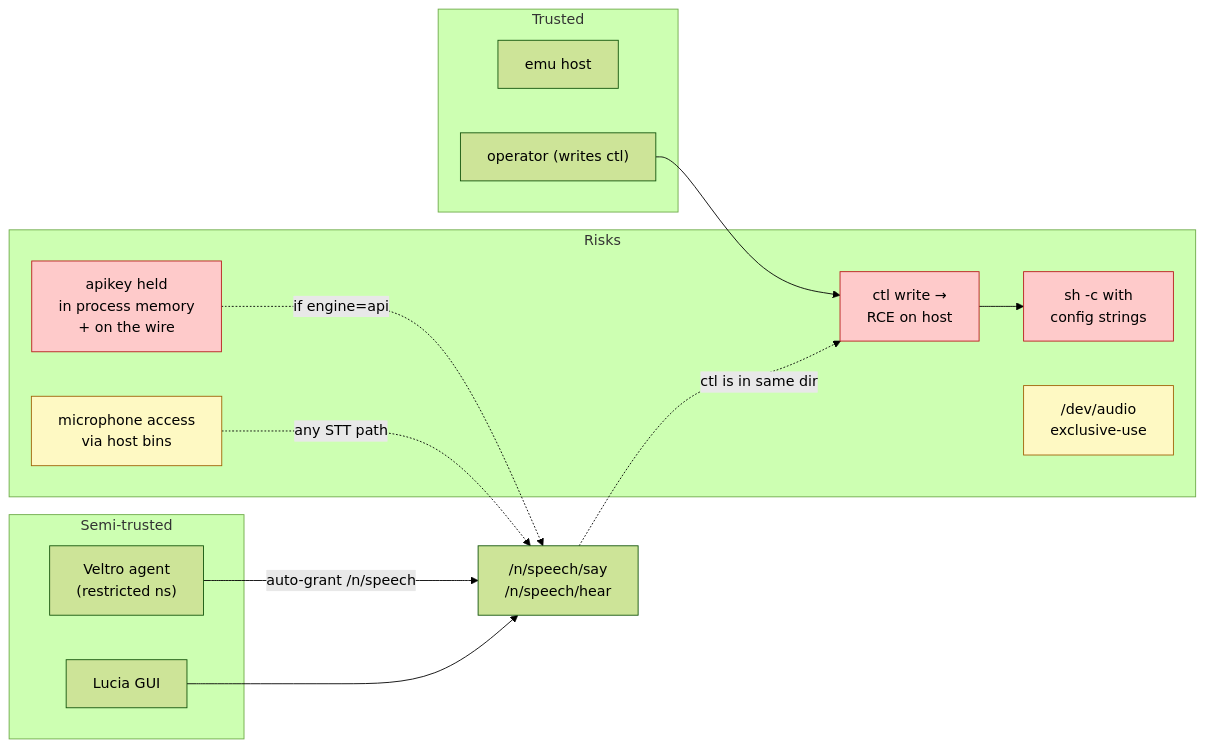
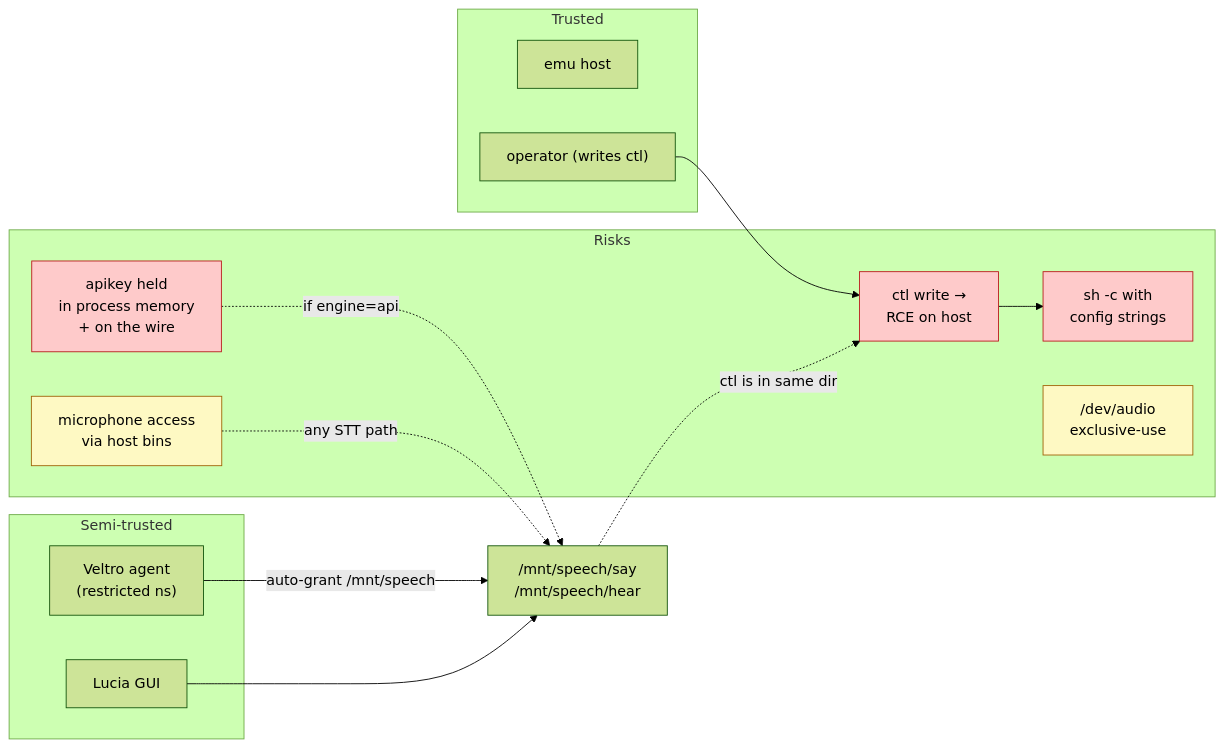
One commit to infernode-os/infernode changed diagram 12 of 16 in docs/SPEECH-ARCHITECTURE.md. Above: the diagram before and after it, drawn with Mermaid (forest theme). The commit also changed other lines of this file and 30 other files, not shown here.

First line of the commit message:
speech9p: mount at /mnt/speech, not /n/speech

````diff
--- a/docs/SPEECH-ARCHITECTURE.md
+++ b/docs/SPEECH-ARCHITECTURE.md
@@ -510,32 +510,32 @@
 ```mermaid
 flowchart LR
     subgraph trusted["Trusted"]
         emu_t["emu host"]
         op["operator (writes ctl)"]
     end
     subgraph semi["Semi-trusted"]
         agent["Veltro agent<br/>(restricted ns)"]
         gui["Lucia GUI"]
     end
     subgraph risk["Risks"]
         ctlrce["ctl write →<br/>RCE on host"]
         hostshell["sh -c with<br/>config strings"]
         api_leak["apikey held<br/>in process memory<br/>+ on the wire"]
         mic_priv["microphone access<br/>via host bins"]
         dev_audio["/dev/audio<br/>exclusive-use"]
     end
 
     op --> ctlrce
     ctlrce --> hostshell
-    agent -- "auto-grant /n/speech" --> mount["/n/speech/say<br/>/n/speech/hear"]
+    agent -- "auto-grant /mnt/speech" --> mount["/mnt/speech/say<br/>/mnt/speech/hear"]
     gui --> mount
     mount -. "ctl is in same dir" .-> ctlrce
     api_leak -. "if engine=api" .-> mount
     mic_priv -. "any STT path" .-> mount
 
     classDef bad fill:#fecaca,stroke:#b91c1c
     classDef warn fill:#fef9c3,stroke:#a16207
     classDef good fill:#dcfce7,stroke:#15803d
     class ctlrce,hostshell,api_leak bad
     class mic_priv,dev_audio warn
 ```
````
